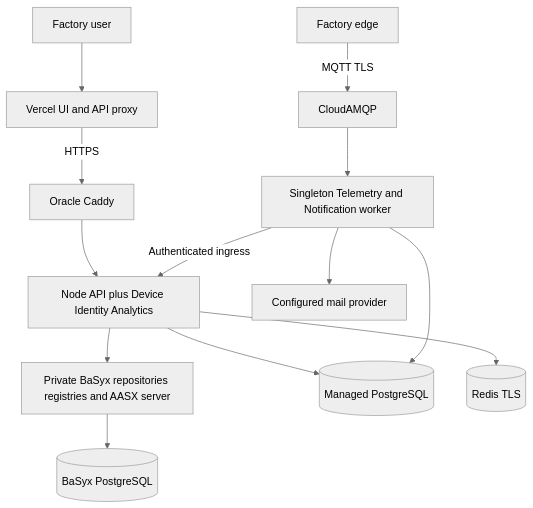
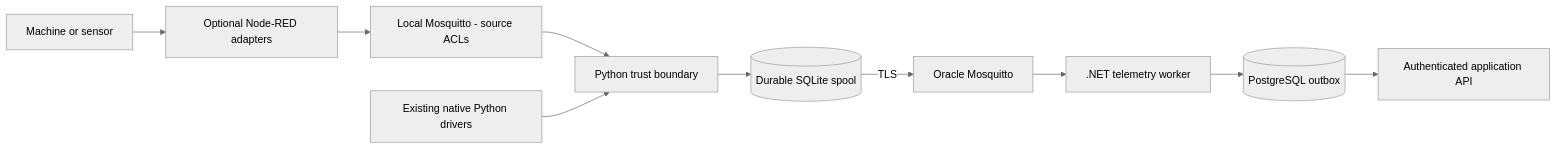
The first of 2 diagrams in portfolio-frontend/client/public/docs/smartfactoryiot/system-diagrams.md (DruHustle/portfolio), drawn with Mermaid (neutral theme) before and after one commit. The commit also changed other lines of this file and 50 other files, not shown here.

Commit message:
Correct Mosquitto and Python roles, active AI development, and source-pinned guides

````diff
--- a/portfolio-frontend/client/public/docs/smartfactoryiot/system-diagrams.md
+++ b/portfolio-frontend/client/public/docs/smartfactoryiot/system-diagrams.md
@@ -17,15 +22,12 @@
 ```mermaid
-flowchart TB
-  Browser[Factory user] --> UI[Vercel UI and API proxy]
-  UI -->|HTTPS| Ingress[Oracle Caddy]
-  Ingress --> API[Node API plus Device Identity Analytics]
-  API --> AAS[Private BaSyx repositories registries and AASX server]
-  API --> DB[(Managed PostgreSQL)]
-  AAS --> AASDB[(BaSyx PostgreSQL)]
-  API --> Redis[(Redis TLS)]
-  Worker[Singleton Telemetry and Notification worker] -->|Authenticated ingress| API
-  Worker --> DB
-  Edge[Factory edge] -->|MQTT TLS| Broker[CloudAMQP]
-  Broker --> Worker
-  Worker --> Mail[Configured mail provider]
+flowchart LR
+  Source[Machine or sensor] --> NR[Optional Node-RED adapters]
+  NR --> Local[Local Mosquitto - source ACLs]
+  Local --> Agent[Python trust boundary]
+  Native[Existing native Python drivers] --> Agent
+  Agent --> Queue[(Durable SQLite spool)]
+  Queue -->|TLS| Broker[Oracle Mosquitto]
+  Broker --> Worker[.NET telemetry worker]
+  Worker --> Data[(PostgreSQL outbox)]
+  Data --> API[Authenticated application API]
 ```
````
